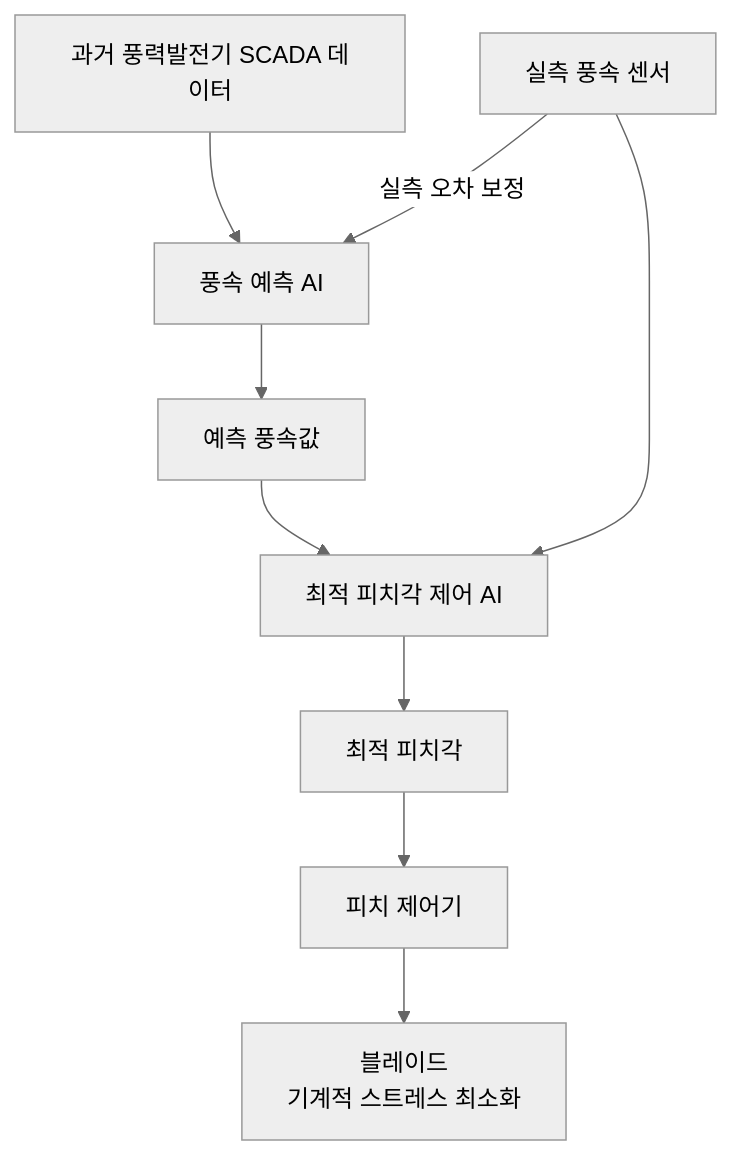
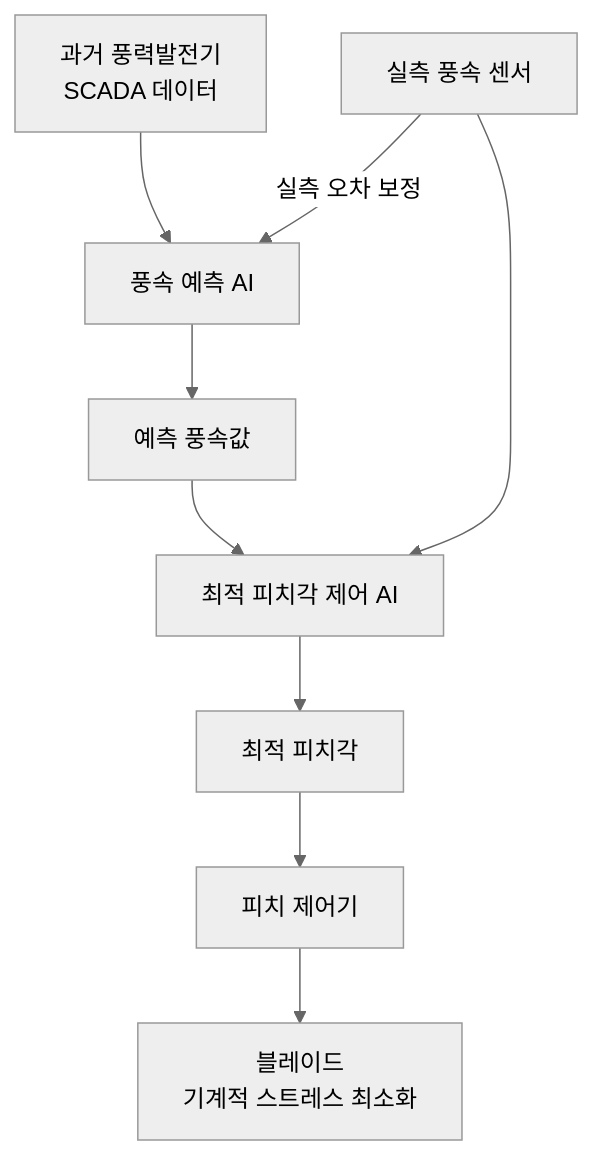
One commit to seyong628/Capstone-Design changed the diagram in README.md. Above: the diagram before and after it, drawn with Mermaid (neutral theme).

````diff
--- a/README.md
+++ b/README.md
@@ -5,11 +5,11 @@
 ```mermaid
 flowchart TD
-    A[과거 풍력발전기 SCADA 데이터] --> C
+    A[과거 풍력발전기<br/>SCADA 데이터] --> C
     F[실측 풍속 센서] -->|실측 오차 보정| C
     F -->E
     C[풍속 예측 AI] --> D[예측 풍속값]
     D --> E[최적 피치각 제어 AI]
     E --> G[최적 피치각]
     G --> I[피치 제어기]
     I --> J[블레이드<br/>기계적 스트레스 최소화]
 ```
````
